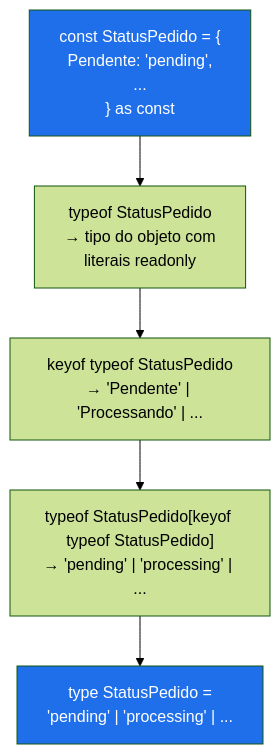
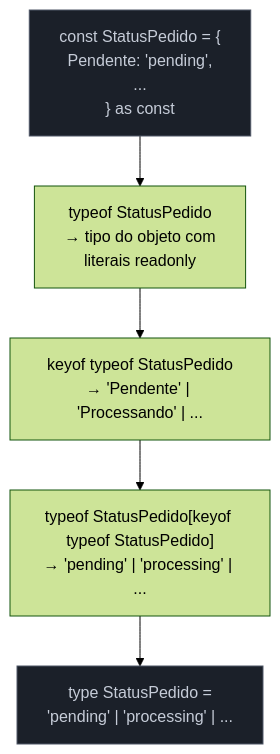
The third of 4 diagrams in 03-Dominios/Tecnologia/TypeScript/19 - Enums, const objects e modelagem de constantes.md (josenaldo/codex-technomanticus), drawn with Mermaid (forest theme) before and after one commit. The commit also changed other lines of this file and 1181 other files, not shown here.

First line of the commit message:
fix(diagramas): paleta do sistema no lugar de cor cravada no markdown

````diff
--- a/03-Dominios/Tecnologia/TypeScript/19 - Enums, const objects e modelagem de constantes.md
+++ b/03-Dominios/Tecnologia/TypeScript/19 - Enums, const objects e modelagem de constantes.md
@@ -295,16 +299,17 @@
 ```mermaid
 flowchart TD
+    classDef neutro fill:#1B2029,stroke:#4E5666,color:#C6CCD8
     OBJ["const StatusPedido = {\n  Pendente: 'pending',\n  ...\n} as const"]
     TOF["typeof StatusPedido\n→ tipo do objeto com\n   literais readonly"]
     KOF["keyof typeof StatusPedido\n→ 'Pendente' | 'Processando' | ..."]
     IDA["typeof StatusPedido[keyof typeof StatusPedido]\n→ 'pending' | 'processing' | ..."]
     TYPE["type StatusPedido =\n  'pending' | 'processing' | ..."]
 
     OBJ --> TOF
     TOF --> KOF
     KOF --> IDA
     IDA --> TYPE
 
-    style OBJ fill:#1f6feb,color:#fff
-    style TYPE fill:#1f6feb,color:#fff
+    class OBJ neutro
+    class TYPE neutro
 ```
````
